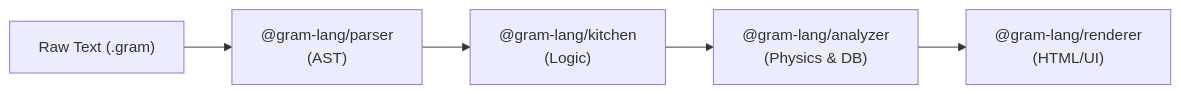
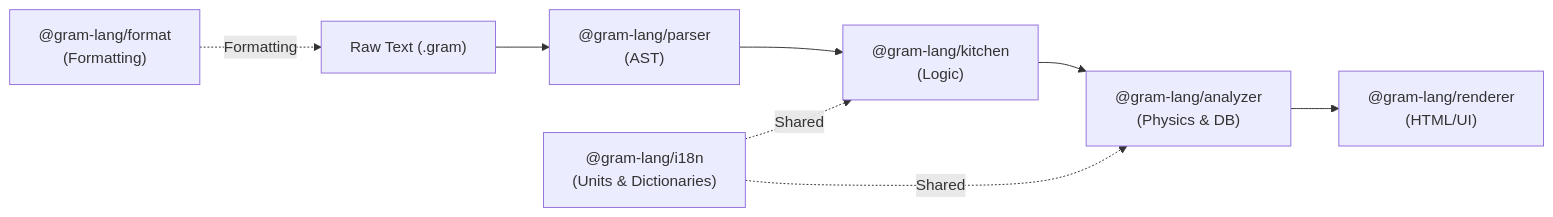
The diagram in packages/docs/src/explanation/engine/lifecycle.md (gram-lang/gram), drawn with Mermaid before and after one commit. The commit also changed other lines of this file and 30 other files, not shown here.

````diff
--- a/packages/docs/src/explanation/engine/lifecycle.md
+++ b/packages/docs/src/explanation/engine/lifecycle.md
@@ -40,7 +44,10 @@
 ```mermaid
 graph LR
   Raw["Raw Text (.gram)"] --> Parser["@gram-lang/parser<br/>(AST)"]
   Parser --> Kitchen["@gram-lang/kitchen<br/>(Logic)"]
   Kitchen --> Analyzer["@gram-lang/analyzer<br/>(Physics & DB)"]
   Analyzer --> Renderer["@gram-lang/renderer<br/>(HTML/UI)"]
+  Format["@gram-lang/format<br/>(Formatting)"] -. Formatting .-> Raw
+  I18n["@gram-lang/i18n<br/>(Units & Dictionaries)"] -. Shared .-> Kitchen
+  I18n -. Shared .-> Analyzer
 ```
````
